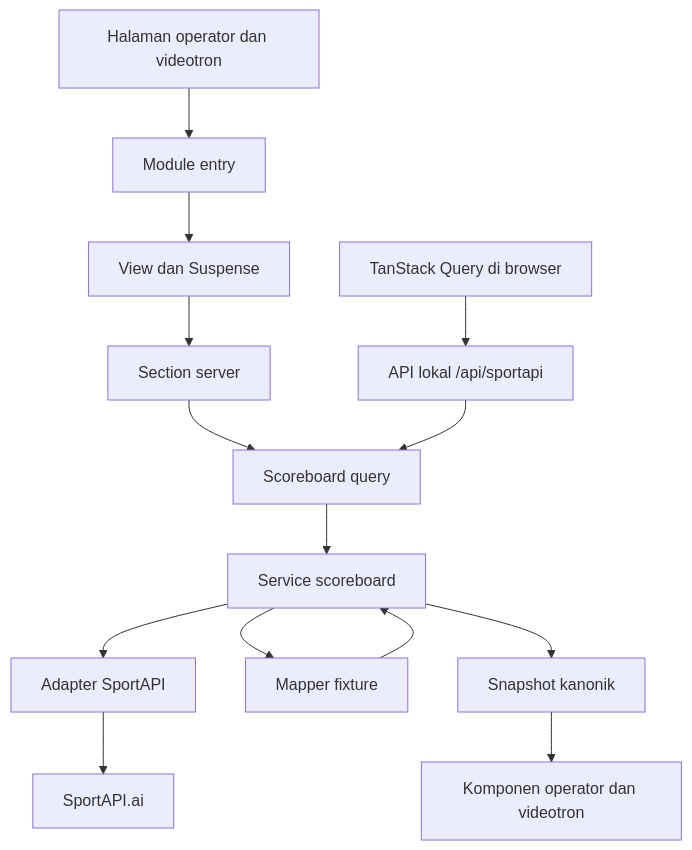
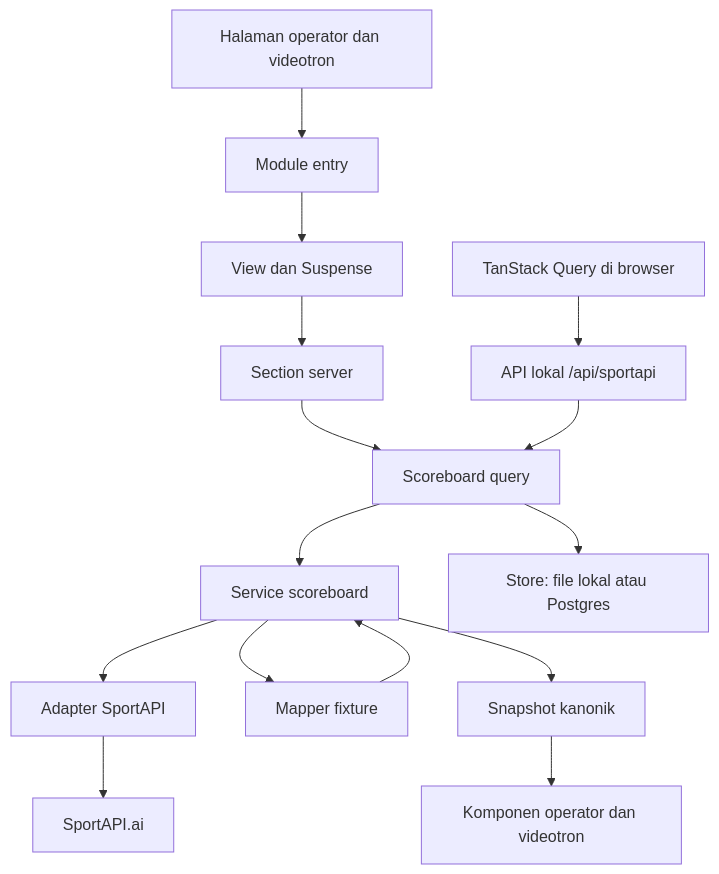
The diagram in docs/data-flow.md (keanu-stitch8/skorinatv-score), drawn with Mermaid before and after one commit. The commit also changed other lines of this file and 32 other files, not shown here.

````diff
--- a/docs/data-flow.md
+++ b/docs/data-flow.md
@@ -5,16 +5,17 @@
 ```mermaid
 flowchart TD
   A[Halaman operator dan videotron] --> B[Module entry]
   B --> C[View dan Suspense]
   C --> D[Section server]
   E[TanStack Query di browser] --> F[API lokal /api/sportapi]
   D --> G[Scoreboard query]
   F --> G
   G --> H[Service scoreboard]
+  G --> N[Store: file lokal atau Postgres]
   H --> I[Adapter SportAPI]
   I --> J[SportAPI.ai]
   H --> K[Mapper fixture]
   K --> H
   H --> L[Snapshot kanonik]
   L --> M[Komponen operator dan videotron]
 ```
````
